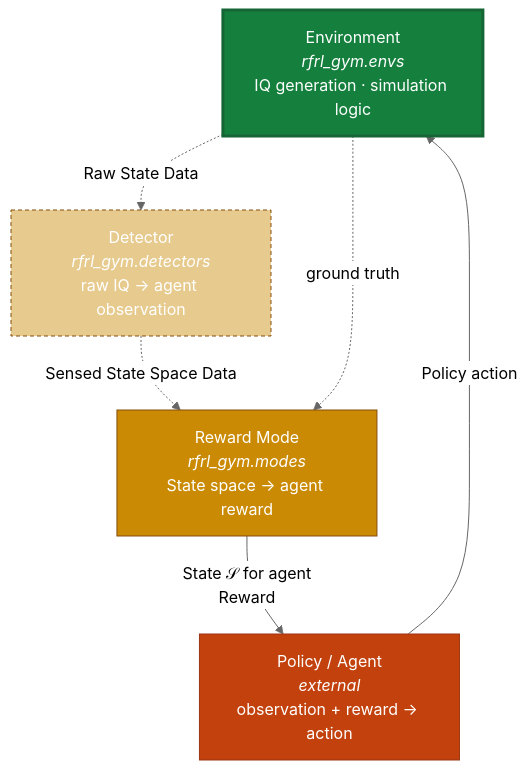
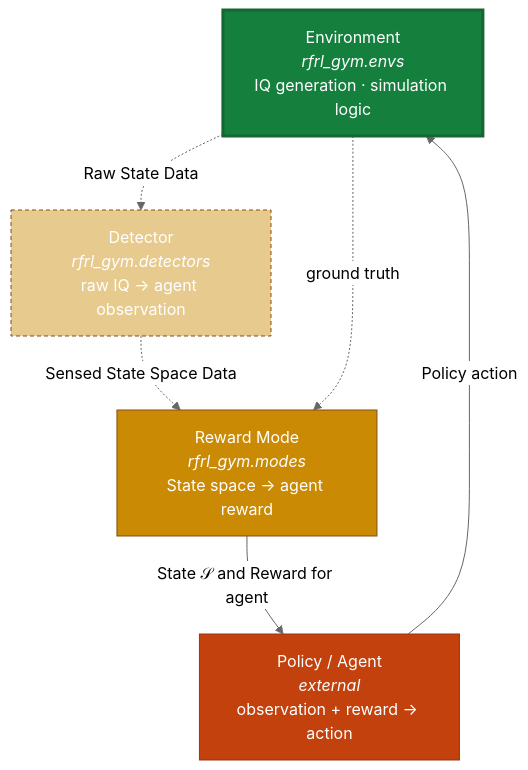
One commit to SLeathersII/rfrl changed the diagram in rfrl-gym-docs/docs/api_intro.md. Above: the diagram before and after it, drawn with Mermaid (neutral theme).

Commit message:
Clarify state and reward description in API docs

````diff
--- a/rfrl-gym-docs/docs/api_intro.md
+++ b/rfrl-gym-docs/docs/api_intro.md
@@ -42,18 +42,18 @@
 ```mermaid
 graph TD
     A["Environment<br/><i>rfrl_gym.envs</i><br/>IQ generation · simulation logic"]
     B["Detector<br/><i>rfrl_gym.detectors</i><br/>raw IQ → agent observation"]
     C["Reward Mode<br/><i>rfrl_gym.modes</i><br/>State space → agent reward"]
     D["Policy / Agent<br/><i>external</i><br/>observation + reward → action"]
 
     A -.->|Raw State Data| B
     B -.->|Sensed State Space Data| C
-    C -->|State 𝒮 for agent\nReward| D
+    C -->|State 𝒮 and Reward for agent| D
     D -->|Policy action| A
     A -.->|ground truth| C
 
     style A fill:#15803d,stroke:#166534,color:#fff,stroke-width:3px
     style B fill:#ca8a04,stroke:#854d0e,color:#fff,fill-opacity:0.45,stroke-dasharray: 4 3
     style C fill:#ca8a04,stroke:#854d0e,color:#fff
     style D fill:#c2410c,stroke:#9a3412,color:#fff
 ```
````
